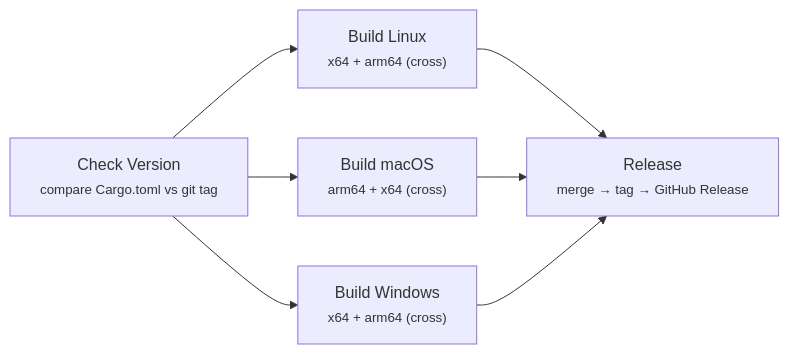
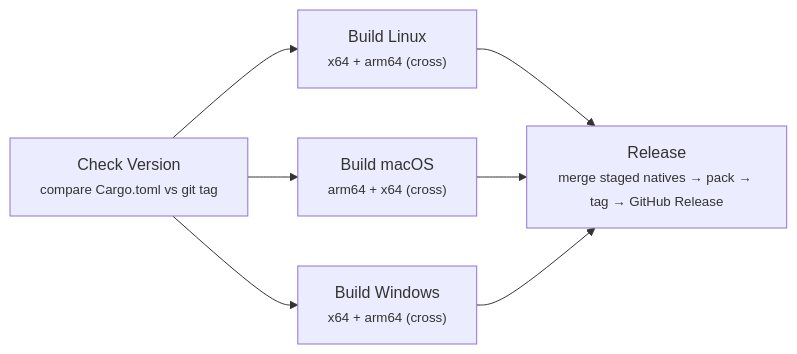
Before and after one commit to microsoft/webui: the second of 2 diagrams in README.md, drawn with Mermaid. The commit also changed other lines of this file and 4 other files, not shown here.

````diff
--- a/README.md
+++ b/README.md
@@ -88,15 +88,15 @@
 ```mermaid
 graph LR
     ver["Check Version<br/><small>compare Cargo.toml vs git tag</small>"]
     buildL["Build Linux<br/><small>x64 + arm64 (cross)</small>"]
     buildM["Build macOS<br/><small>arm64 + x64 (cross)</small>"]
     buildW["Build Windows<br/><small>x64 + arm64 (cross)</small>"]
-    release["Release<br/><small>merge → tag → GitHub Release</small>"]
+    release["Release<br/><small>merge staged natives → pack → tag → GitHub Release</small>"]
 
     ver --> buildL
     ver --> buildM
     ver --> buildW
     buildL --> release
     buildM --> release
     buildW --> release
 ```
````
